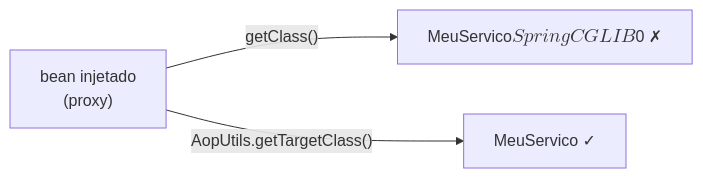
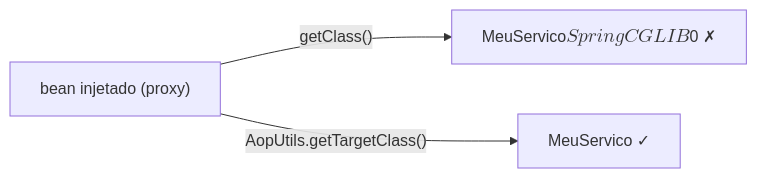
Before and after one commit to cesarschutz/cesarschutz.github.io: the diagram in src/contents/posts/aoputils-gettargetclass.md, drawn with Mermaid. The commit also changed 10 other files, not shown here.

First line of the commit message:
Blinda diagramas Mermaid: remove <br> e nós invisíveis dos rótulos

````diff
--- a/src/contents/posts/aoputils-gettargetclass.md
+++ b/src/contents/posts/aoputils-gettargetclass.md
@@ -66,5 +66,5 @@
 ```mermaid
 flowchart LR
-  B["bean injetado<br>(proxy)"] -->|"getClass()"| P["MeuServico$$SpringCGLIB$$0 ✗"]
+  B["bean injetado (proxy)"] -->|"getClass()"| P["MeuServico$$SpringCGLIB$$0 ✗"]
   B -->|"AopUtils.getTargetClass()"| R["MeuServico ✓"]
 ```
````
